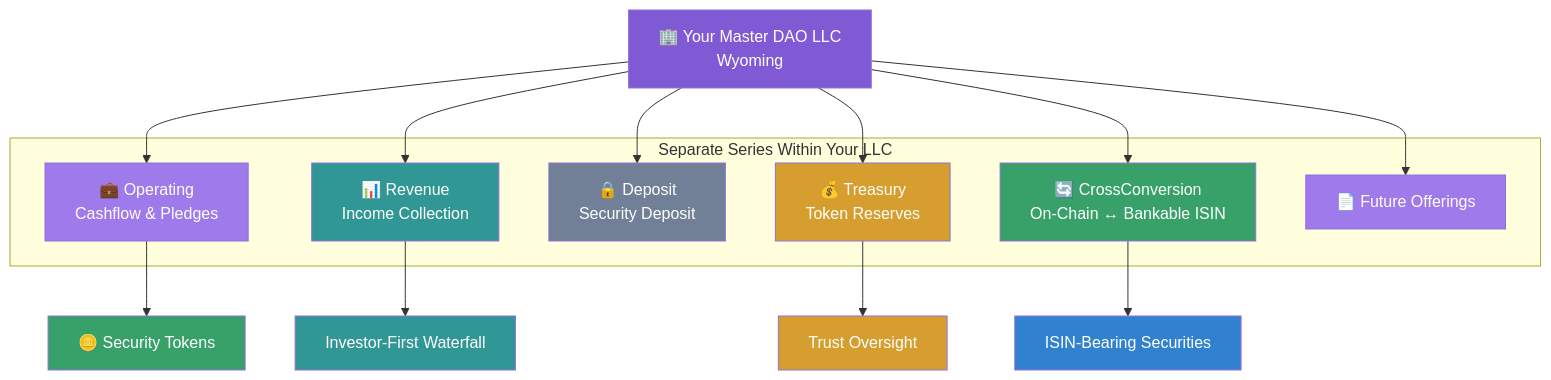
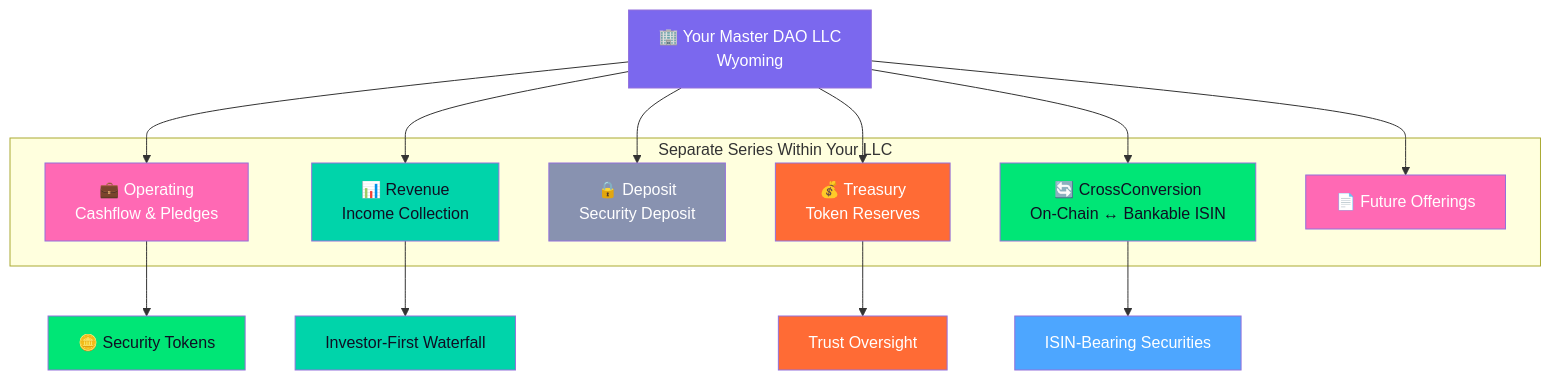
Before and after one commit to hrbrlife/sailsto_website: the second of 9 diagrams in hugo-site/content/whatsails.md, drawn with Mermaid. The commit also changed other lines of this file and 9 other files, not shown here.

```diff
--- a/hugo-site/content/whatsails.md
+++ b/hugo-site/content/whatsails.md
@@ -336,33 +336,33 @@
         <div class="mermaid">
         flowchart TD
             DAO[🏢 Your Master DAO LLC<br/>Wyoming]
             subgraph Series[Separate Series Within Your LLC]
                 S1[💼 Operating<br/>Cashflow & Pledges]
                 S5[📊 Revenue<br/>Income Collection]
                 S6[🔒 Deposit<br/>Security Deposit]
                 S2[💰 Treasury<br/>Token Reserves]
                 S3[🔄 CrossConversion<br/>On-Chain ↔ Bankable ISIN]
                 S4[📄 Future Offerings]
             end
             DAO --> S1
             DAO --> S5
             DAO --> S6
             DAO --> S2
             DAO --> S3
             DAO --> S4
             S1 --> T1[🪙 Security Tokens]
             S5 --> WATER[Investor-First Waterfall]
             S2 --> TRUST[Trust Oversight]
             S3 --> ISIN[ISIN-Bearing Securities]
-            style DAO fill:#805ad5,color:#fff
-            style S1 fill:#9f7aea,color:#fff
-            style S5 fill:#319795,color:#fff
-            style S6 fill:#718096,color:#fff
-            style S2 fill:#d69e2e,color:#fff
-            style S3 fill:#38a169,color:#fff
-            style S4 fill:#9f7aea,color:#fff
-            style T1 fill:#38a169,color:#fff
-            style WATER fill:#319795,color:#fff
-            style TRUST fill:#d69e2e,color:#fff
-            style ISIN fill:#3182ce,color:#fff
+            style DAO fill:#7B68EE,color:#fff
+            style S1 fill:#FF69B4,color:#fff
+            style S5 fill:#00D4AA,color:#0F0F23
+            style S6 fill:#8892B0,color:#fff
+            style S2 fill:#FF6B35,color:#fff
+            style S3 fill:#00E676,color:#0F0F23
+            style S4 fill:#FF69B4,color:#fff
+            style T1 fill:#00E676,color:#0F0F23
+            style WATER fill:#00D4AA,color:#0F0F23
+            style TRUST fill:#FF6B35,color:#fff
+            style ISIN fill:#4DA6FF,color:#fff
         </div>
```
